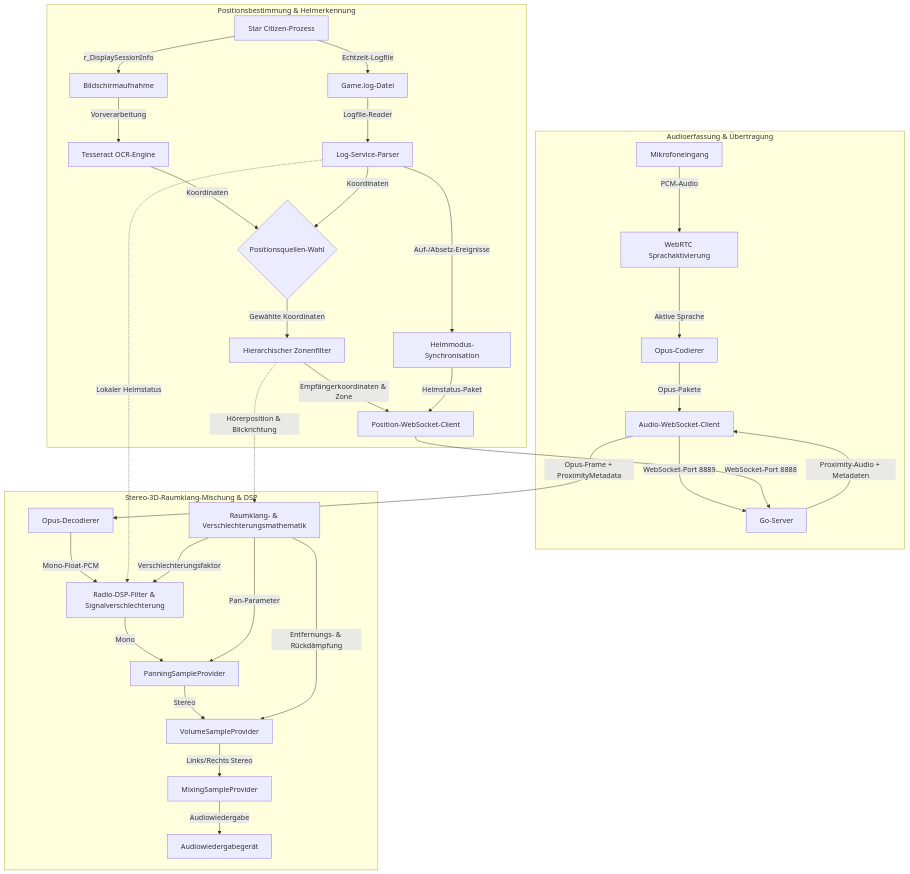
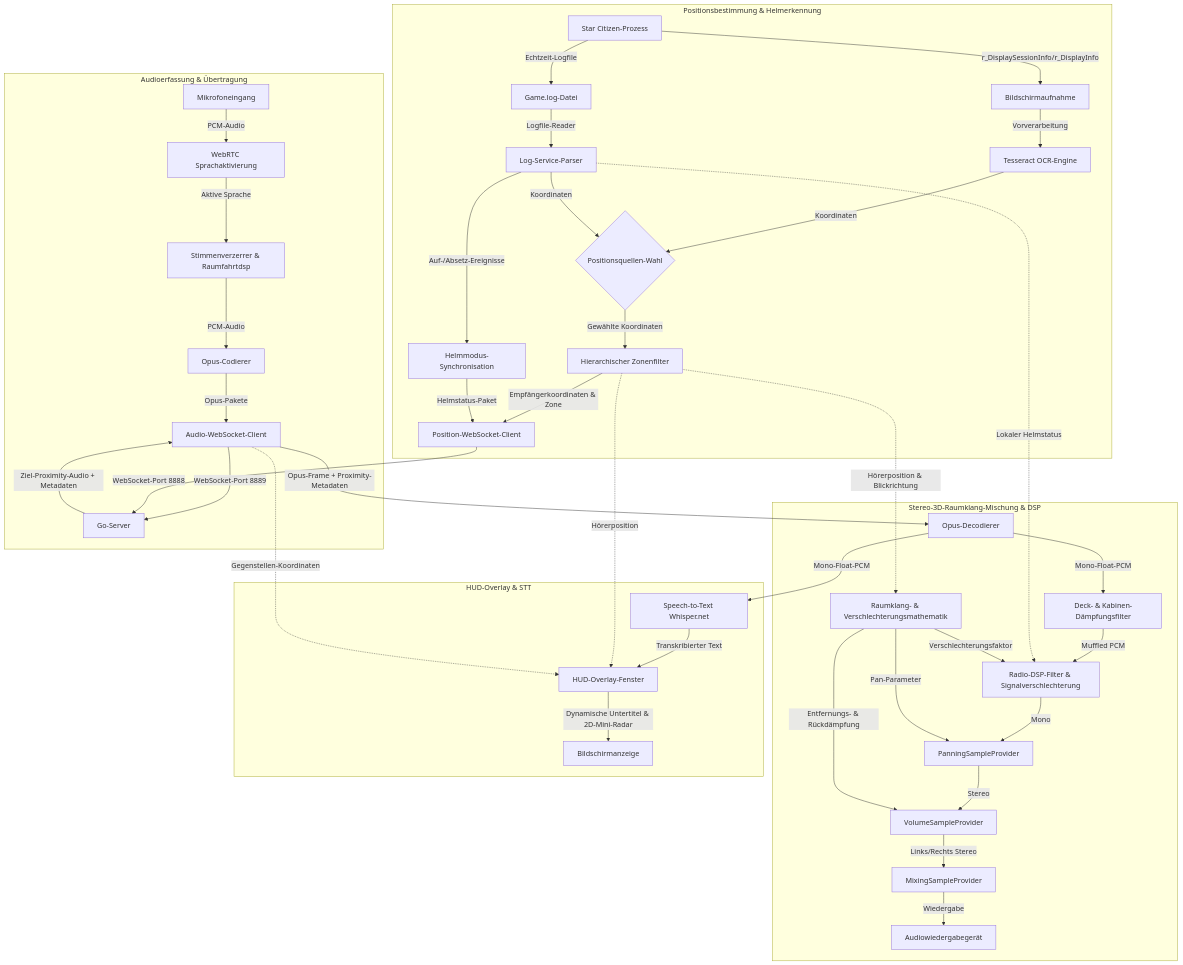
One commit to XuruDragon/XuruVOIP changed the diagram in doc/README.de.md. Above: the diagram before and after it, drawn with Mermaid. The commit also changed other lines of this file and 17 other files, not shown here.

````diff
--- a/doc/README.de.md
+++ b/doc/README.de.md
@@ -88,45 +88,55 @@
 ```mermaid
 graph TD
     subgraph Audioerfassung & Übertragung
         Mic[Mikrofoneingang] -->|PCM-Audio| VAD[WebRTC Sprachaktivierung]
-        VAD -->|Aktive Sprache| OpusEnc[Opus-Codierer]
+        VAD -->|Aktive Sprache| VoiceChanger[Stimmenverzerrer & Raumfahrtdsp]
+        VoiceChanger -->|PCM-Audio| OpusEnc[Opus-Codierer]
         OpusEnc -->|Opus-Pakete| AudioWS[Audio-WebSocket-Client]
         AudioWS -->|WebSocket-Port 8889| Server[Go-Server]
     end
 
     subgraph Positionsbestimmung & Helmerkennung
-        SC[Star Citizen-Prozess] -->|r_DisplaySessionInfo| Screen[Bildschirmaufnahme]
+        SC[Star Citizen-Prozess] -->|r_DisplaySessionInfo/r_DisplayInfo| Screen[Bildschirmaufnahme]
         Screen -->|Vorverarbeitung| Tess[Tesseract OCR-Engine]
         
         SC -->|Echtzeit-Logfile| GameLog[Game.log-Datei]
         GameLog -->|Logfile-Reader| LogParser[Log-Service-Parser]
         
         Tess -->|Koordinaten| PosSelector{Positionsquellen-Wahl}
         LogParser -->|Koordinaten| PosSelector
         
         PosSelector -->|Gewählte Koordinaten| Zone[Hierarchischer Zonenfilter]
         Zone -->|Empfängerkoordinaten & Zone| PosWS[Position-WebSocket-Client]
         PosWS -->|WebSocket-Port 8888| Server
 
         LogParser -->|Auf-/Absetz-Ereignisse| Helmet[Helmmodus-Synchronisation]
         Helmet -->|Helmstatus-Paket| PosWS
     end
 
     subgraph Stereo-3D-Raumklang-Mischung & DSP
-        Server -->|Proximity-Audio + Metadaten| AudioWS
-        AudioWS -->|Opus-Frame + ProximityMetadata| Decoder[Opus-Decodierer]
-        Decoder -->|Mono-Float-PCM| DSP[Radio-DSP-Filter & Signalverschlechterung]
+        Server -->|Ziel-Proximity-Audio + Metadaten| AudioWS
+        AudioWS -->|Opus-Frame + Proximity-Metadaten| Decoder[Opus-Decodierer]
+        Decoder -->|Mono-Float-PCM| OcclusionFilter[Deck- & Kabinen-Dämpfungsfilter]
+        OcclusionFilter -->|Muffled PCM| DSP[Radio-DSP-Filter & Signalverschlechterung]
         DSP -->|Mono| Panner[PanningSampleProvider]
         Panner -->|Stereo| Volume[VolumeSampleProvider]
         
         LogParser -.->|Lokaler Helmstatus| DSP
         Zone -.->|Hörerposition & Blickrichtung| MixerMath[Raumklang- & Verschlechterungsmathematik]
         
         MixerMath -->|Pan-Parameter| Panner
         MixerMath -->|Entfernungs- & Rückdämpfung| Volume
         MixerMath -->|Verschlechterungsfaktor| DSP
         
         Volume -->|Links/Rechts Stereo| Mixer[MixingSampleProvider]
-        Mixer -->|Audiowiedergabe| Speakers[Audiowiedergabegerät]
+        Mixer -->|Wiedergabe| Speakers[Audiowiedergabegerät]
+    end
+
+    subgraph HUD-Overlay & STT
+        Decoder -->|Mono-Float-PCM| STT[Speech-to-Text Whisper.net]
+        STT -->|Transkribierter Text| Overlay[HUD-Overlay-Fenster]
+        Zone -.->|Hörerposition| Overlay
+        AudioWS -.->|Gegenstellen-Koordinaten| Overlay
+        Overlay -->|Dynamische Untertitel & 2D-Mini-Radar| ScreenOverlay[Bildschirmanzeige]
     end
 ```
````
